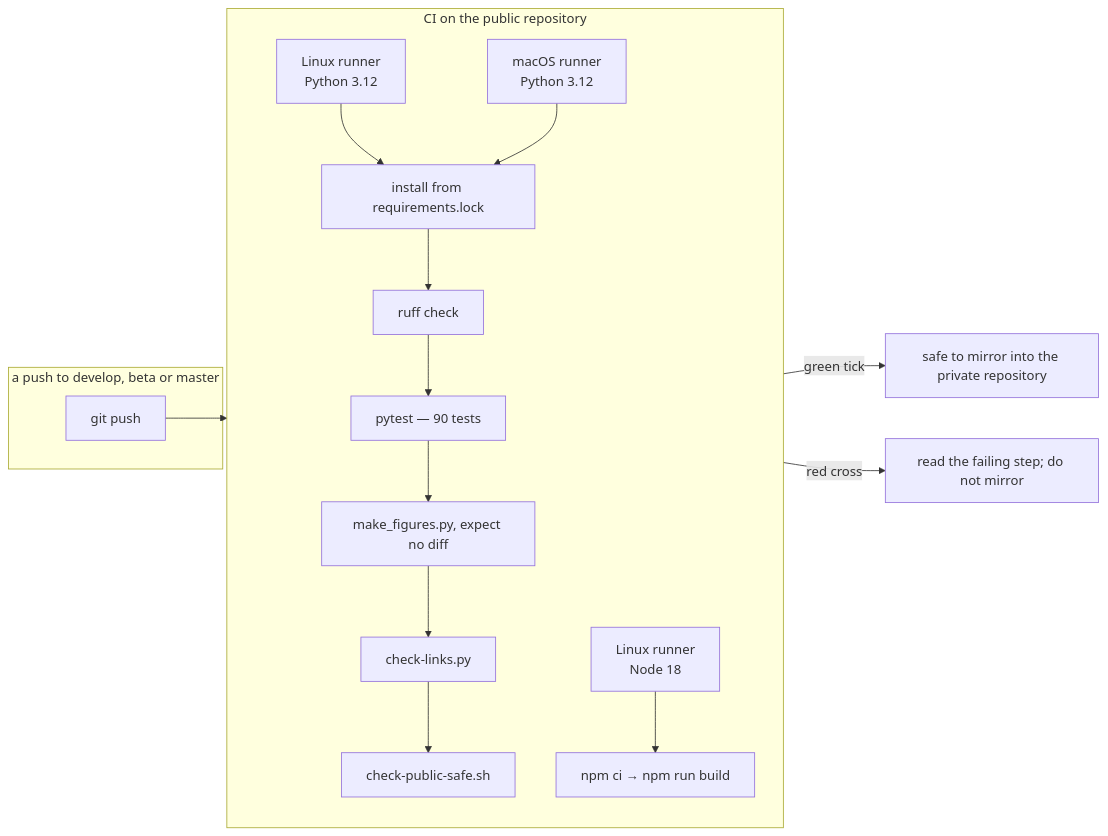
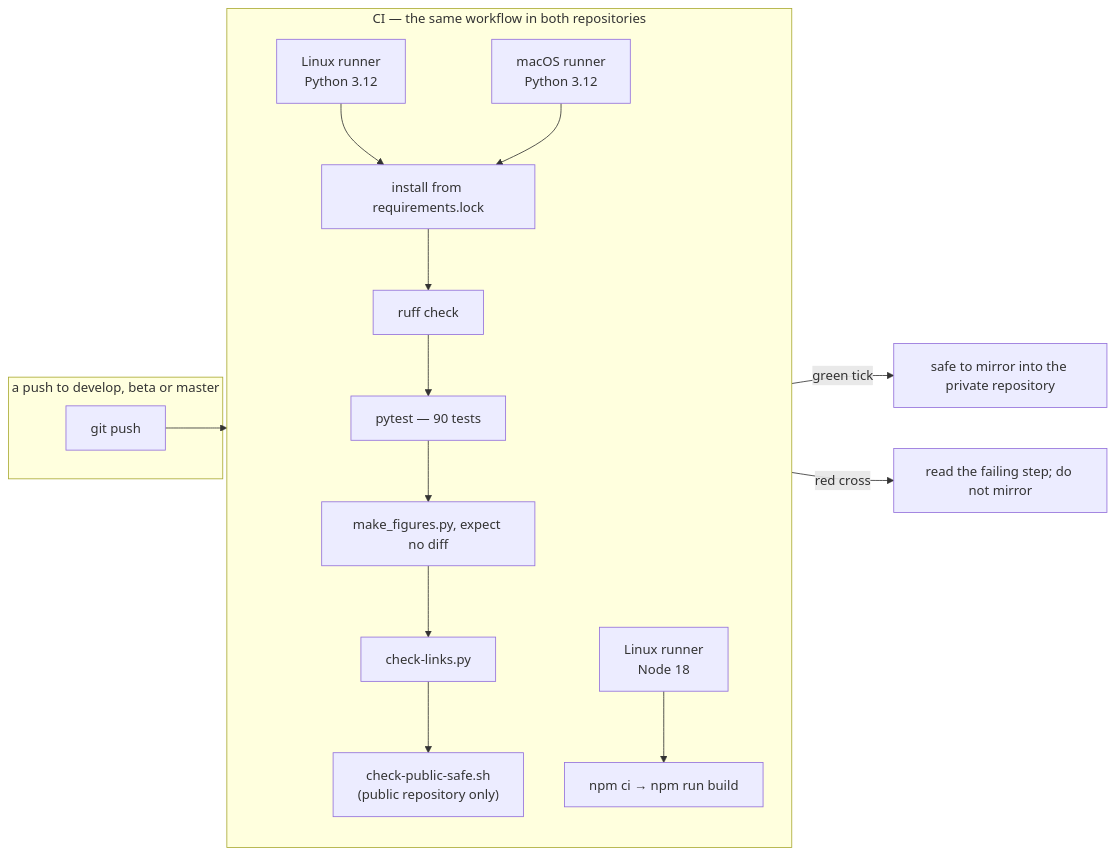
One commit to akannan2987/nr-nips-crucible changed the diagram in docs/04-phase-tutorials/phase-05b-reproducible-builds-and-ci.md. Above: the diagram before and after it, drawn with Mermaid. The commit also changed other lines of this file and 6 other files, not shown here.

````diff
--- a/docs/04-phase-tutorials/phase-05b-reproducible-builds-and-ci.md
+++ b/docs/04-phase-tutorials/phase-05b-reproducible-builds-and-ci.md
@@ -74,16 +74,16 @@
 ```mermaid
 flowchart LR
     subgraph push["a push to develop, beta or master"]
         P["git push"]
     end
-    subgraph ci["CI on the public repository"]
+    subgraph ci["CI — the same workflow in both repositories"]
         direction TB
         L["Linux runner<br/>Python 3.12"] --> S["install from requirements.lock"]
         M["macOS runner<br/>Python 3.12"] --> S
-        S --> R["ruff check"] --> T["pytest — 90 tests"] --> F["make_figures.py, expect no diff"] --> K["check-links.py"] --> G["check-public-safe.sh"]
+        S --> R["ruff check"] --> T["pytest — 90 tests"] --> F["make_figures.py, expect no diff"] --> K["check-links.py"] --> G["check-public-safe.sh<br/>(public repository only)"]
         N["Linux runner<br/>Node 18"] --> C["npm ci → npm run build"]
     end
     P --> ci
     ci -- "green tick" --> MIR["safe to mirror into the private repository"]
     ci -- "red cross" --> STOP["read the failing step; do not mirror"]
 ```
````
